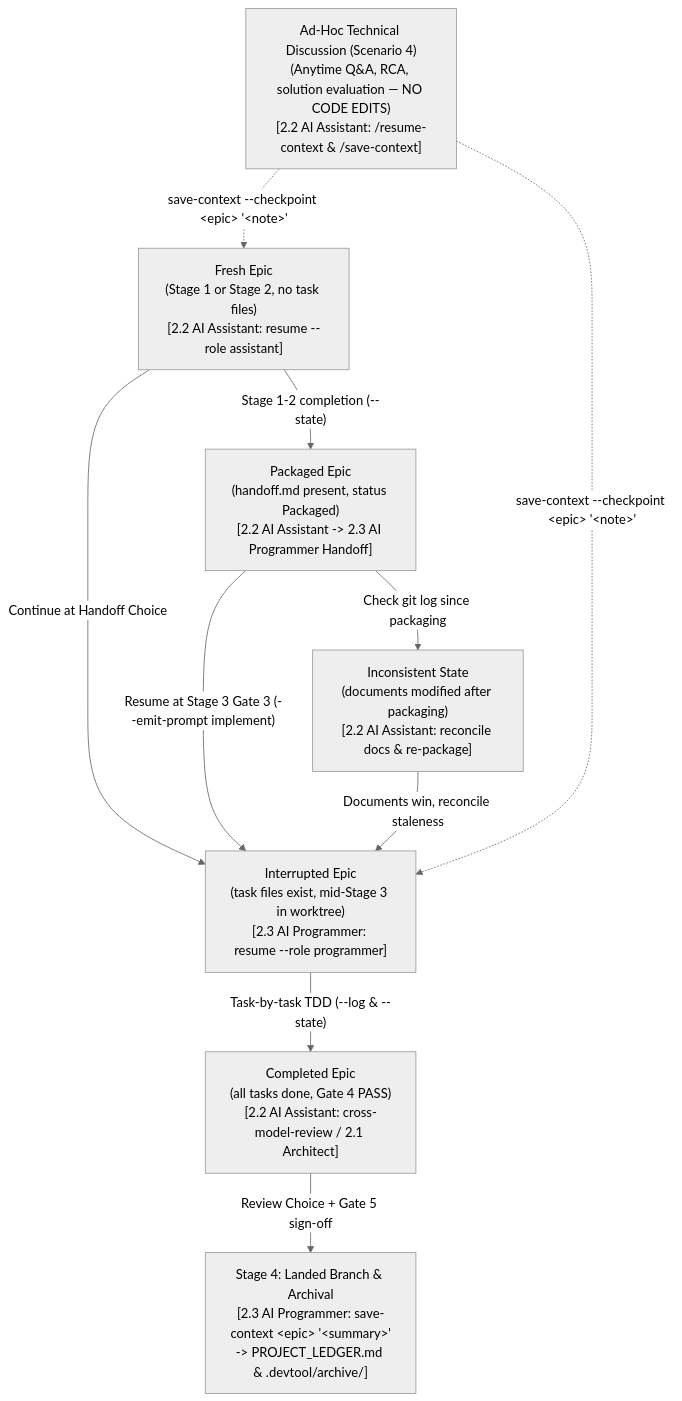
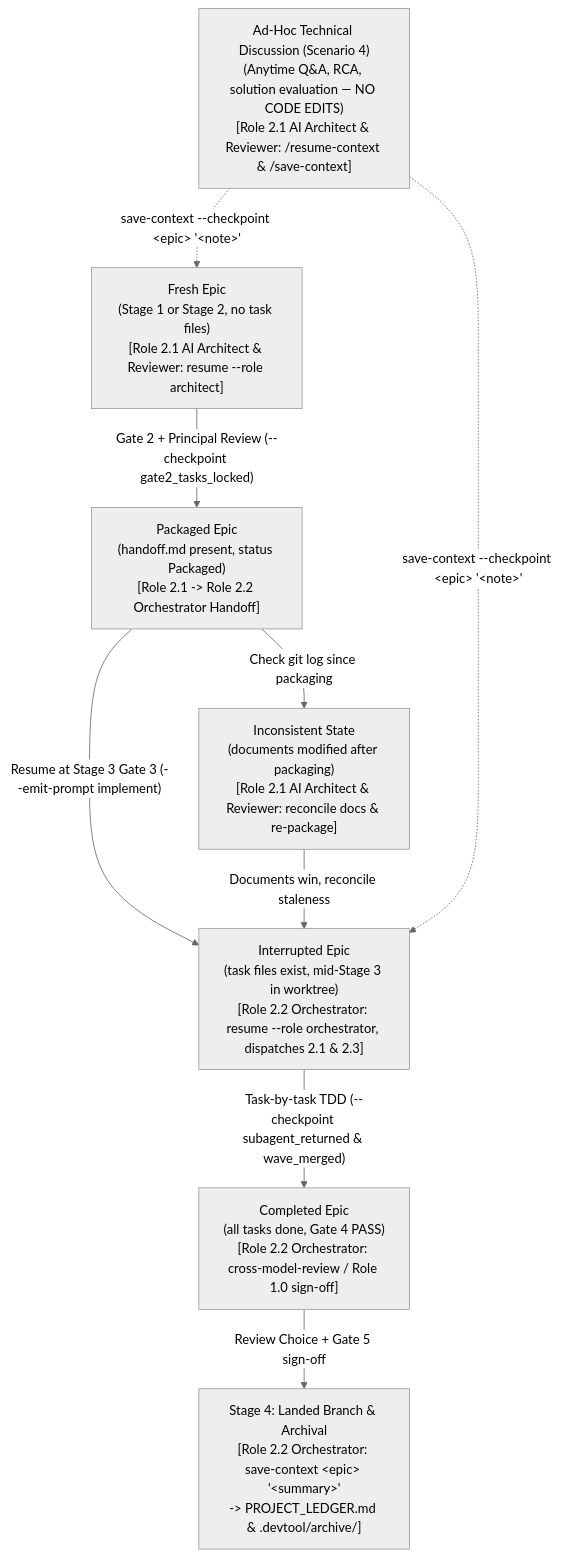
One commit to DanhDue/ai-agent-tools changed the second of 2 diagrams in docs/context-memory-quick-guide.en.md. Above: the diagram before and after it, drawn with Mermaid (neutral theme). The commit also changed other lines of this file and 9 other files, not shown here.

````diff
--- a/docs/context-memory-quick-guide.en.md
+++ b/docs/context-memory-quick-guide.en.md
@@ -112,20 +116,19 @@
 ```mermaid
 flowchart TD
-    FRESH["Fresh Epic<br/>(Stage 1 or Stage 2, no task files)<br/>[2.2 AI Assistant: resume --role assistant]"]
-    PKG["Packaged Epic<br/>(handoff.md present, status Packaged)<br/>[2.2 AI Assistant -> 2.3 AI Programmer Handoff]"]
-    INTR["Interrupted Epic<br/>(task files exist, mid-Stage 3 in worktree)<br/>[2.3 AI Programmer: resume --role programmer]"]
-    DONE_EPIC["Completed Epic<br/>(all tasks done, Gate 4 PASS)<br/>[2.2 AI Assistant: cross-model-review / 2.1 Architect]"]
-    INCON["Inconsistent State<br/>(documents modified after packaging)<br/>[2.2 AI Assistant: reconcile docs &amp; re-package]"]
-    ADHOC["Ad-Hoc Technical Discussion (Scenario 4)<br/>(Anytime Q&amp;A, RCA, solution evaluation — NO CODE EDITS)<br/>[2.2 AI Assistant: /resume-context &amp; /save-context]"]
-    MERGED["Stage 4: Landed Branch &amp; Archival<br/>[2.3 AI Programmer: save-context &lt;epic&gt; '&lt;summary&gt;'<br/>-> PROJECT_LEDGER.md &amp; .devtool/archive/]"]
+    FRESH["Fresh Epic<br/>(Stage 1 or Stage 2, no task files)<br/>[Role 2.1 AI Architect &amp; Reviewer: resume --role architect]"]
+    PKG["Packaged Epic<br/>(handoff.md present, status Packaged)<br/>[Role 2.1 -> Role 2.2 Orchestrator Handoff]"]
+    INTR["Interrupted Epic<br/>(task files exist, mid-Stage 3 in worktree)<br/>[Role 2.2 Orchestrator: resume --role orchestrator, dispatches 2.1 &amp; 2.3]"]
+    DONE_EPIC["Completed Epic<br/>(all tasks done, Gate 4 PASS)<br/>[Role 2.2 Orchestrator: cross-model-review / Role 1.0 sign-off]"]
+    INCON["Inconsistent State<br/>(documents modified after packaging)<br/>[Role 2.1 AI Architect &amp; Reviewer: reconcile docs &amp; re-package]"]
+    ADHOC["Ad-Hoc Technical Discussion (Scenario 4)<br/>(Anytime Q&amp;A, RCA, solution evaluation — NO CODE EDITS)<br/>[Role 2.1 AI Architect &amp; Reviewer: /resume-context &amp; /save-context]"]
+    MERGED["Stage 4: Landed Branch &amp; Archival<br/>[Role 2.2 Orchestrator: save-context &lt;epic&gt; '&lt;summary&gt;'<br/>-> PROJECT_LEDGER.md &amp; .devtool/archive/]"]
 
-    FRESH -->|"Stage 1-2 completion (--state)"| PKG
-    FRESH -->|"Continue at Handoff Choice"| INTR
+    FRESH -->|"Gate 2 + Principal Review (--checkpoint gate2_tasks_locked)"| PKG
     PKG -->|"Check git log since packaging"| INCON
     PKG -->|"Resume at Stage 3 Gate 3 (--emit-prompt implement)"| INTR
     INCON -->|"Documents win, reconcile staleness"| INTR
-    INTR -->|"Task-by-task TDD (--log &amp; --state)"| DONE_EPIC
+    INTR -->|"Task-by-task TDD (--checkpoint subagent_returned &amp; wave_merged)"| DONE_EPIC
     DONE_EPIC -->|"Review Choice + Gate 5 sign-off"| MERGED
     ADHOC -.->|"save-context --checkpoint &lt;epic&gt; '&lt;note&gt;'"| FRESH
     ADHOC -.->|"save-context --checkpoint &lt;epic&gt; '&lt;note&gt;'"| INTR
 ```
````
